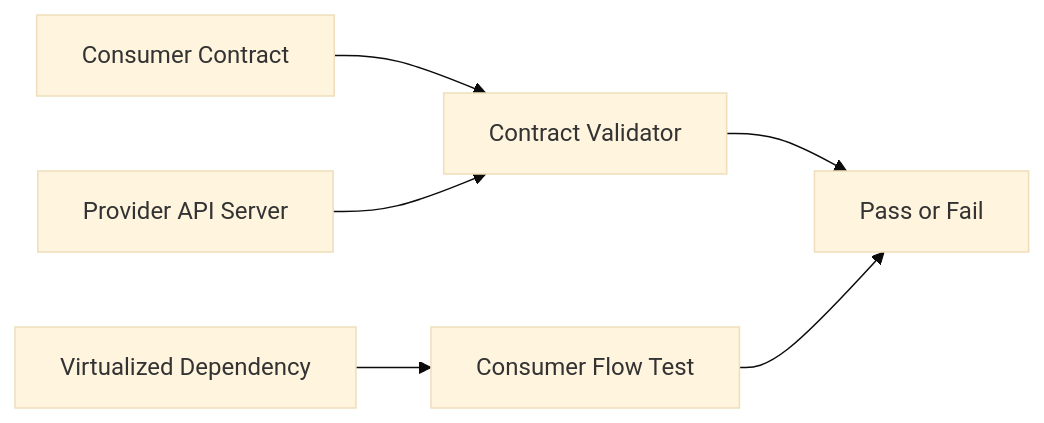
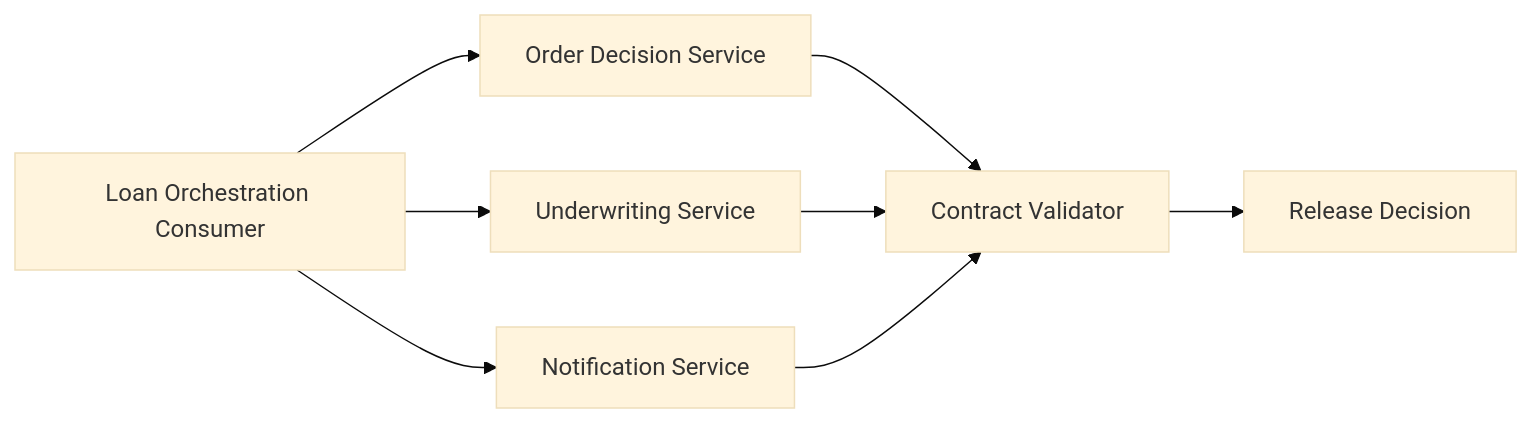
Before and after one commit to acbharath14/microservices-contract-and-integration-testing: the diagram in README.md, drawn with Mermaid (base theme). The commit also changed other lines of this file and 10 other files, not shown here.

Commit message:
feat: add multi-service contract orchestration demo

````diff
--- a/README.md
+++ b/README.md
@@ -11,8 +11,10 @@
 ```mermaid
 flowchart LR
-	Consumer[Consumer Contract] --> Validator[Contract Validator]
-	Provider[Provider API Server] --> Validator
-	VirtualDep[Virtualized Dependency] --> ConsumerFlow[Consumer Flow Test]
-	Validator --> Result[Pass or Fail]
-	ConsumerFlow --> Result
+	Consumer[Loan Orchestration Consumer] --> Order[Order Decision Service]
+	Consumer --> Underwriting[Underwriting Service]
+	Consumer --> Notification[Notification Service]
+	Order --> Validator[Contract Validator]
+	Underwriting --> Validator
+	Notification --> Validator
+	Validator --> Result[Release Decision]
 ```
````
